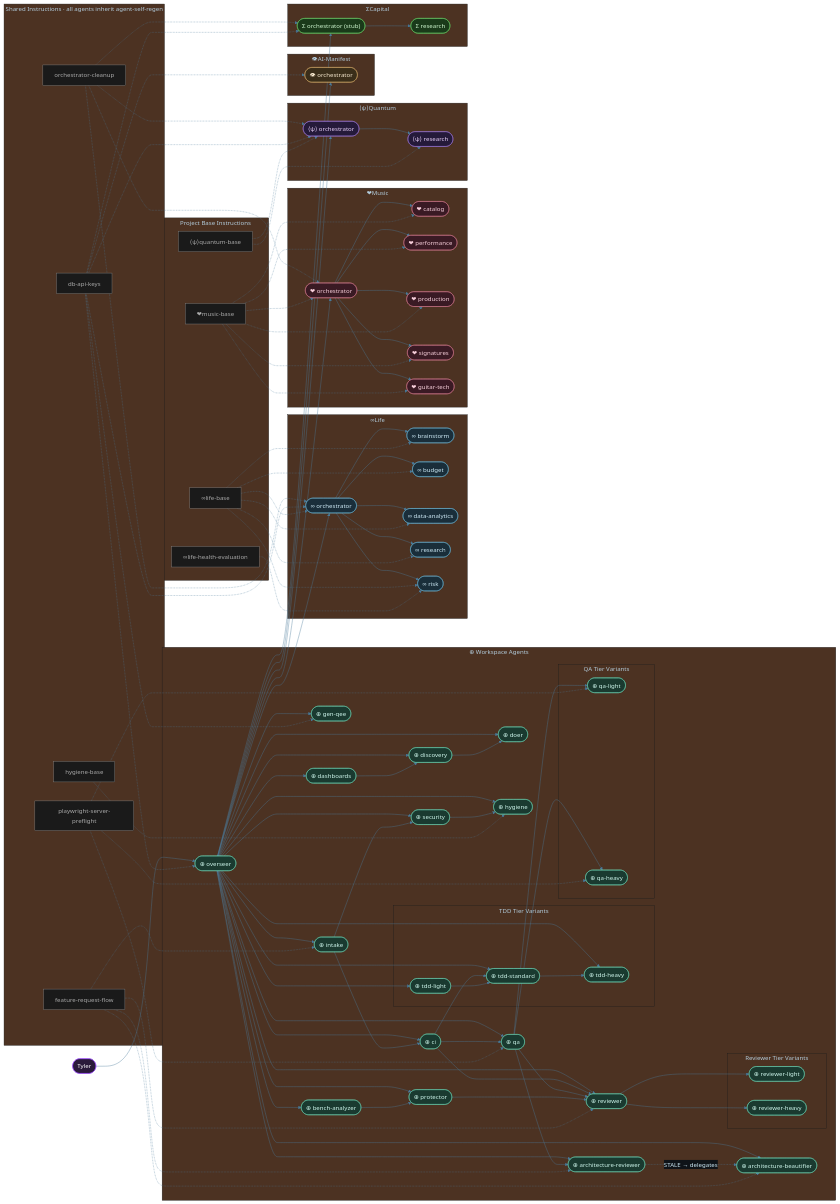
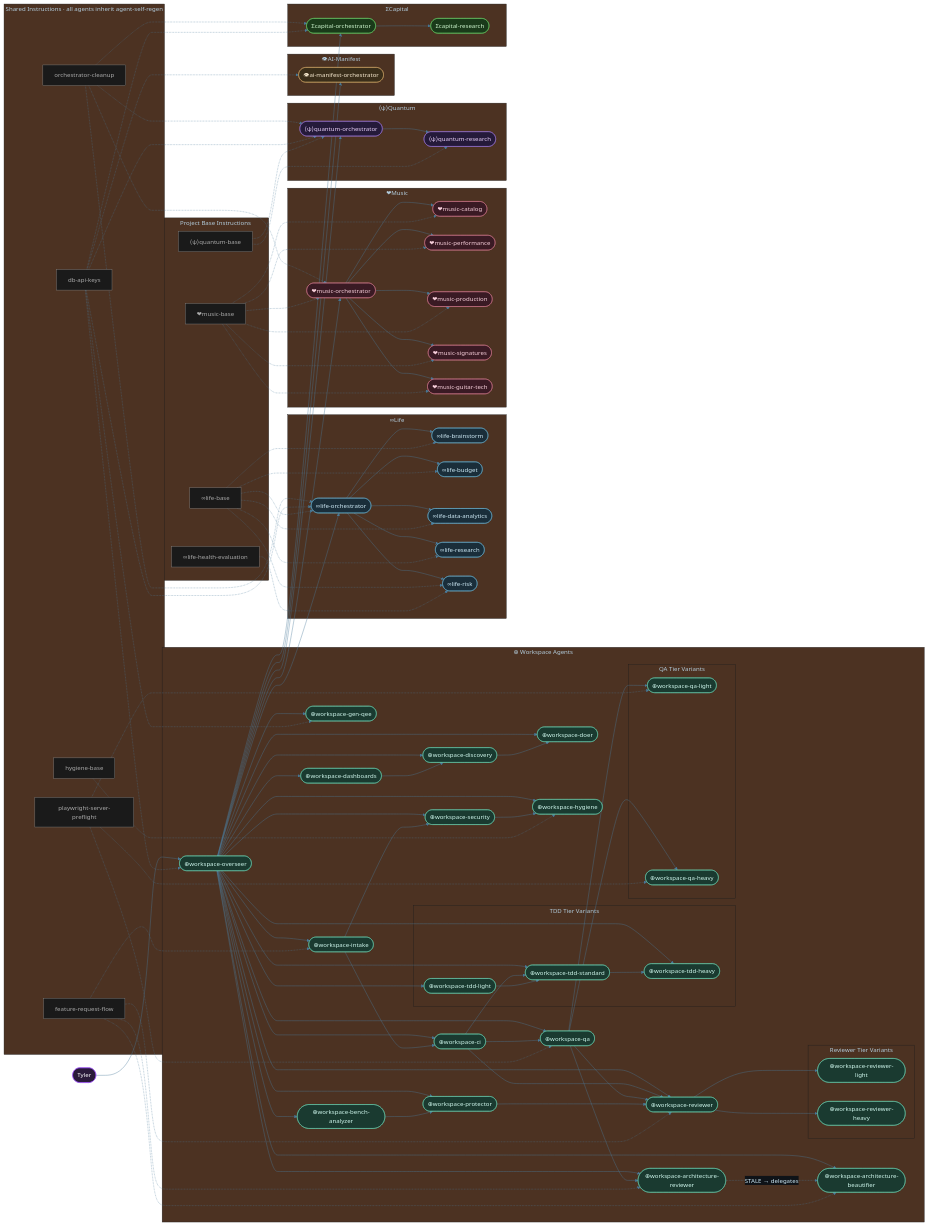
The diagram in diagrams/workspace-agent-topology.mmd (tylerdrakemusic/-Workspace), drawn with Mermaid before and after one commit.

Commit message:
⊕ workspace: FR-20260817 topology correction

```diff
--- a/diagrams/workspace-agent-topology.mmd
+++ b/diagrams/workspace-agent-topology.mmd
@@ -1,141 +1,141 @@
 %%{init: {'theme': 'base', 'themeVariables': {'primaryColor': '#1a2e3a', 'primaryTextColor': '#d0ecf8', 'edgeLabelBackground': '#0f1318', 'lineColor': '#4a7a9a'}}}%%
 graph LR
     Tyler([Tyler]) --> Overseer
 
     subgraph WS["⊕ Workspace Agents"]
-        Overseer(["⊕ overseer"])
-        Intake(["⊕ intake"])
-        CI(["⊕ ci"])
-        Reviewer(["⊕ reviewer"])
-        Doer(["⊕ doer"])
-        Security(["⊕ security"])
-        Hygiene(["⊕ hygiene"])
-        ArchRev(["⊕ architecture-reviewer"])
-        ArchBeaut(["⊕ architecture-beautifier"])
-        GenQEE(["⊕ gen-qee"])
-        Discovery(["⊕ discovery"])
-        Dashboards(["⊕ dashboards"])
-        BenchAnalyzer(["⊕ bench-analyzer"])
-        Protector(["⊕ protector"])
-        QA(["⊕ qa"])
+        Overseer(["⊕workspace-overseer"])
+        Intake(["⊕workspace-intake"])
+        CI(["⊕workspace-ci"])
+        Reviewer(["⊕workspace-reviewer"])
+        Doer(["⊕workspace-doer"])
+        Security(["⊕workspace-security"])
+        Hygiene(["⊕workspace-hygiene"])
+        ArchRev(["⊕workspace-architecture-reviewer"])
+        ArchBeaut(["⊕workspace-architecture-beautifier"])
+        GenQEE(["⊕workspace-gen-qee"])
+        Discovery(["⊕workspace-discovery"])
+        Dashboards(["⊕workspace-dashboards"])
+        BenchAnalyzer(["⊕workspace-bench-analyzer"])
+        Protector(["⊕workspace-protector"])
+        QA(["⊕workspace-qa"])
         subgraph TDD_TIER["TDD Tier Variants"]
-            TDDLight(["⊕ tdd-light"])
-            TDDStd(["⊕ tdd-standard"])
-            TDDHeavy(["⊕ tdd-heavy"])
+            TDDLight(["⊕workspace-tdd-light"])
+            TDDStd(["⊕workspace-tdd-standard"])
+            TDDHeavy(["⊕workspace-tdd-heavy"])
         end
         subgraph QA_TIER["QA Tier Variants"]
-            QALight(["⊕ qa-light"])
-            QAHeavy(["⊕ qa-heavy"])
+            QALight(["⊕workspace-qa-light"])
+            QAHeavy(["⊕workspace-qa-heavy"])
         end
         subgraph REV_TIER["Reviewer Tier Variants"]
-            ReviewerLight(["⊕ reviewer-light"])
-            ReviewerHeavy(["⊕ reviewer-heavy"])
+            ReviewerLight(["⊕workspace-reviewer-light"])
+            ReviewerHeavy(["⊕workspace-reviewer-heavy"])
         end
     end
 
     subgraph LIFE["∞Life"]
-        LifeOrch(["∞ orchestrator"])
-        LifeBrainstorm(["∞ brainstorm"])
-        LifeBudget(["∞ budget"])
-        LifeDA(["∞ data-analytics"])
-        LifeResearch(["∞ research"])
-        LifeRisk(["∞ risk"])
+        LifeOrch(["∞life-orchestrator"])
+        LifeBrainstorm(["∞life-brainstorm"])
+        LifeBudget(["∞life-budget"])
+        LifeDA(["∞life-data-analytics"])
+        LifeResearch(["∞life-research"])
+        LifeRisk(["∞life-risk"])
     end
 
     subgraph MUSIC["❤Music"]
-        MusicOrch(["❤ orchestrator"])
-        MusicCatalog(["❤ catalog"])
-        MusicPerf(["❤ performance"])
-        MusicProd(["❤ production"])
-        MusicSig(["❤ signatures"])
-        MusicGuitarTech(["❤ guitar-tech"])
+        MusicOrch(["❤music-orchestrator"])
+        MusicCatalog(["❤music-catalog"])
+        MusicPerf(["❤music-performance"])
+        MusicProd(["❤music-production"])
+        MusicSig(["❤music-signatures"])
+        MusicGuitarTech(["❤music-guitar-tech"])
     end
 
     subgraph QUANTUM["⟨ψ⟩Quantum"]
-        QuantumOrch(["⟨ψ⟩ orchestrator"])
-        QuantumResearch(["⟨ψ⟩ research"])
+        QuantumOrch(["⟨ψ⟩quantum-orchestrator"])
+        QuantumResearch(["⟨ψ⟩quantum-research"])
     end
 
     subgraph MANIFEST["👁AI-Manifest"]
-        ManifestOrch(["👁 orchestrator"])
+        ManifestOrch(["👁ai-manifest-orchestrator"])
     end
 
     subgraph CAPITAL["ΣCapital"]
-        CapitalOrch(["Σ orchestrator (stub)"])
-        CapitalResearch(["Σ research"])
+        CapitalOrch(["Σcapital-orchestrator"])
+        CapitalResearch(["Σcapital-research"])
     end
 
     subgraph INSTR["Shared Instructions · all agents inherit agent-self-regen"]
         FRFlow["feature-request-flow"]
         HygBase["hygiene-base"]
         OrcClean["orchestrator-cleanup"]
         DbKeys["db-api-keys"]
         PlayPreflight["playwright-server-preflight"]
     end
 
     subgraph PINSTR["Project Base Instructions"]
         LifeBase["∞life-base"]
         HealthEval["∞life-health-evaluation"]
         MusicBase["❤music-base"]
         QuantumBase["⟨ψ⟩quantum-base"]
     end
 
     %% ── Overseer routing ──
     Overseer --> Intake & CI & Reviewer & Doer & Security
     Overseer --> Hygiene & ArchRev & ArchBeaut & GenQEE & Discovery
     Overseer --> Dashboards & BenchAnalyzer & Protector & QA
     Overseer --> LifeOrch & MusicOrch & QuantumOrch & ManifestOrch & CapitalOrch
     Overseer --> TDDLight & TDDStd & TDDHeavy
     Intake --> CI & Security
     CI --> TDDStd & QA & Reviewer
     Security --> Hygiene
     QA --> Reviewer & ArchRev
     Dashboards --> Discovery
     Discovery --> Doer
     BenchAnalyzer --> Protector
     Protector --> Reviewer
     TDDLight --> TDDStd
     TDDStd --> TDDHeavy
     ArchRev -.->|STALE → delegates| ArchBeaut
     QA --> QALight & QAHeavy
     Reviewer --> ReviewerLight & ReviewerHeavy
 
     %% ── Project routing ──
     LifeOrch --> LifeBrainstorm & LifeBudget & LifeDA & LifeResearch & LifeRisk
     MusicOrch --> MusicCatalog & MusicPerf & MusicProd & MusicSig & MusicGuitarTech
     QuantumOrch --> QuantumResearch
     CapitalOrch --> CapitalResearch
 
     %% ── Instruction inheritance (dashed) ──
     FRFlow -.-> Intake & Reviewer & ArchRev & ArchBeaut
     HygBase -.-> Hygiene
     OrcClean -.-> LifeOrch & MusicOrch & QuantumOrch & CapitalOrch
     DbKeys -.-> Overseer & GenQEE & LifeOrch & QuantumOrch & ManifestOrch & CapitalOrch
     PlayPreflight -.-> QA & QALight & QAHeavy
 
     LifeBase -.-> LifeOrch & LifeBrainstorm & LifeBudget & LifeDA & LifeResearch & LifeRisk
     HealthEval -.-> LifeRisk
     MusicBase -.-> MusicOrch & MusicCatalog & MusicPerf & MusicProd & MusicSig & MusicGuitarTech
     QuantumBase -.-> QuantumOrch & QuantumResearch
 
     %% ── Class assignments ──
     class Overseer,Intake,CI,Reviewer,Doer,Security,Hygiene,ArchRev,ArchBeaut ws
     class GenQEE,Discovery,Dashboards,BenchAnalyzer,Protector,QA ws
     class TDDLight,TDDStd,TDDHeavy,QALight,QAHeavy,ReviewerLight,ReviewerHeavy ws
     class LifeOrch,LifeBrainstorm,LifeBudget,LifeDA,LifeResearch,LifeRisk life
     class MusicOrch,MusicCatalog,MusicPerf,MusicProd,MusicSig,MusicGuitarTech music
     class QuantumOrch,QuantumResearch quantum
     class ManifestOrch manifest
     class CapitalOrch capital
     class CapitalResearch capital
     class FRFlow,HygBase,OrcClean,DbKeys,PlayPreflight,LifeBase,HealthEval,MusicBase,QuantumBase instr
     class Tyler tyler
 
 classDef life     fill:#1a2e3a,stroke:#6ab4d4,color:#d0ecf8
 classDef music    fill:#3a1a24,stroke:#d47a8f,color:#f8d0dc
 classDef quantum  fill:#251a3a,stroke:#a07adf,color:#e8d0f8
 classDef manifest fill:#3a2e1a,stroke:#d4a96a,color:#f8ead0
 classDef capital  fill:#1a3a1a,stroke:#6ad46a,color:#d0f8d0
 classDef ws       fill:#1a3a30,stroke:#6ad4b4,color:#d0f8ee
 classDef tyler    fill:#2a1a3a,stroke:#9e4aff,color:#fff
 classDef instr    fill:#1a1a1a,stroke:#888,color:#aaa
```
